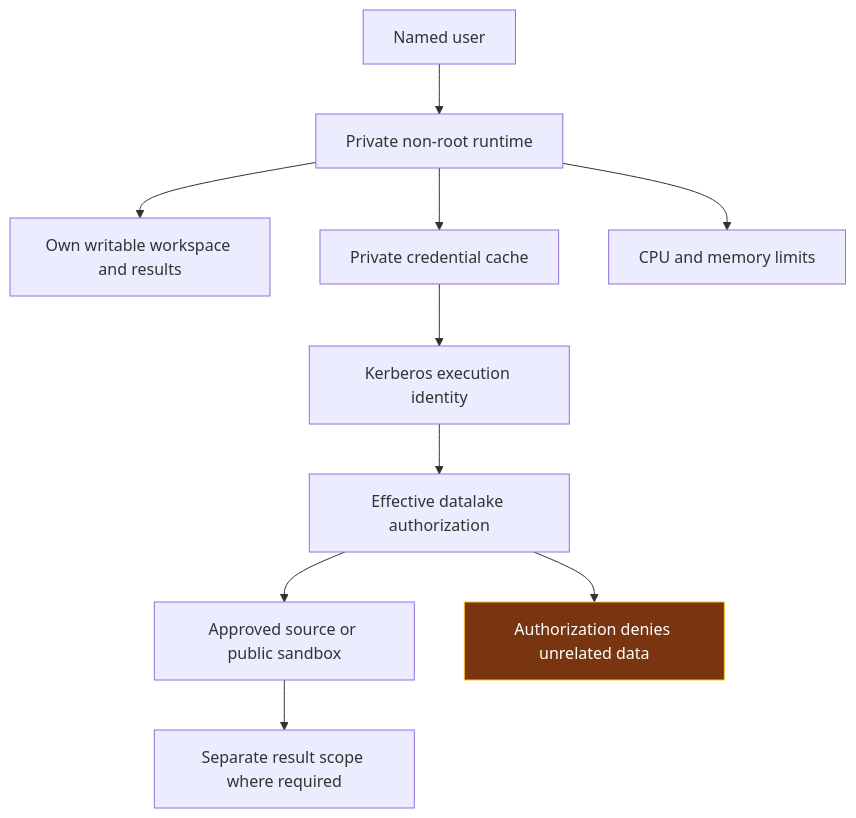
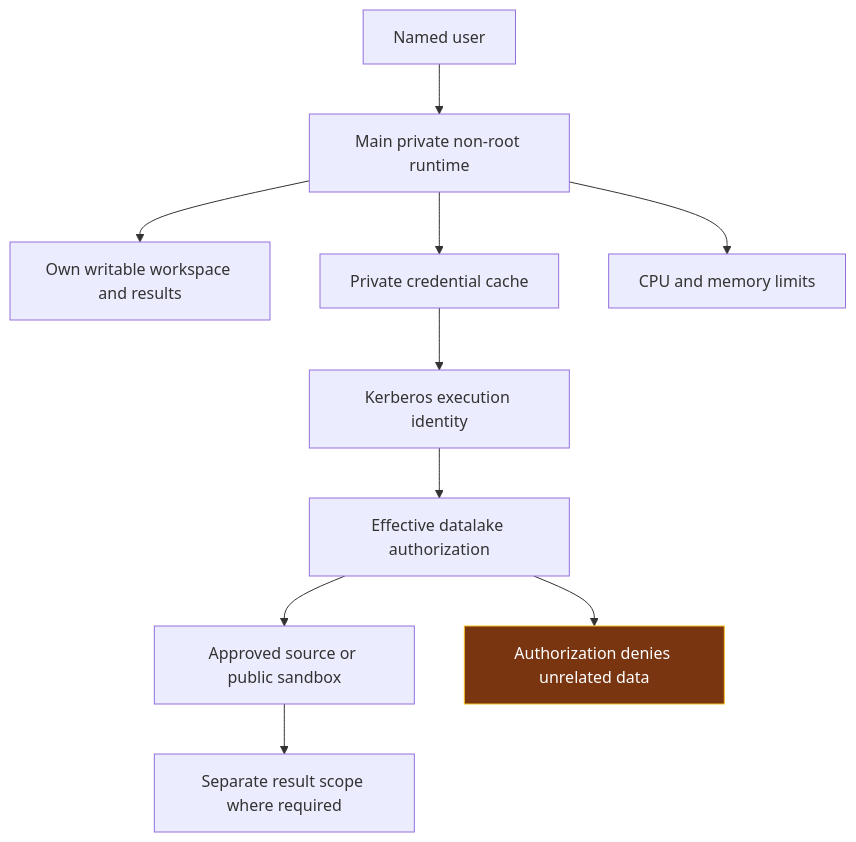
The second of 3 diagrams in docs/DSH_RDT_PILOT_SECURITY_CONTROL_ASSESSMENT.md (skunpoj/dsh_setup), drawn with Mermaid before and after one commit. The commit also changed other lines of this file and 37 other files, not shown here.

````diff
--- a/docs/DSH_RDT_PILOT_SECURITY_CONTROL_ASSESSMENT.md
+++ b/docs/DSH_RDT_PILOT_SECURITY_CONTROL_ASSESSMENT.md
@@ -101,14 +120,14 @@
 ```mermaid
 flowchart TB
- U[Named user] --> P[Private non-root runtime]
+ U[Named user] --> P[Main private non-root runtime]
  P --> W[Own writable workspace and results]
  P --> C[Private credential cache]
  C --> K[Kerberos execution identity]
  K --> A[Effective datalake authorization]
  A --> D[Approved source or public sandbox]
  A --> N[Authorization denies unrelated data]
  P --> Q[CPU and memory limits]
  D --> O[Separate result scope where required]
  classDef pending fill:#78350f,stroke:#fbbf24,color:#ffffff
  class N pending
 ```
````
